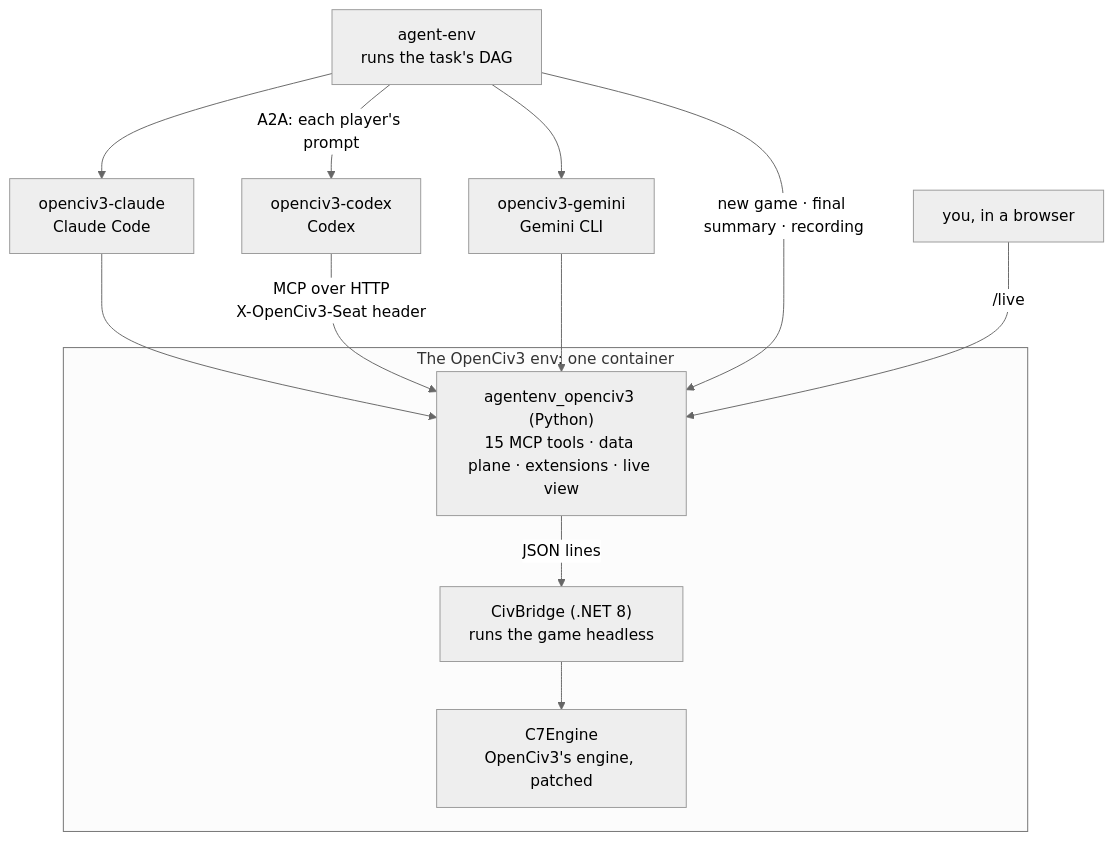
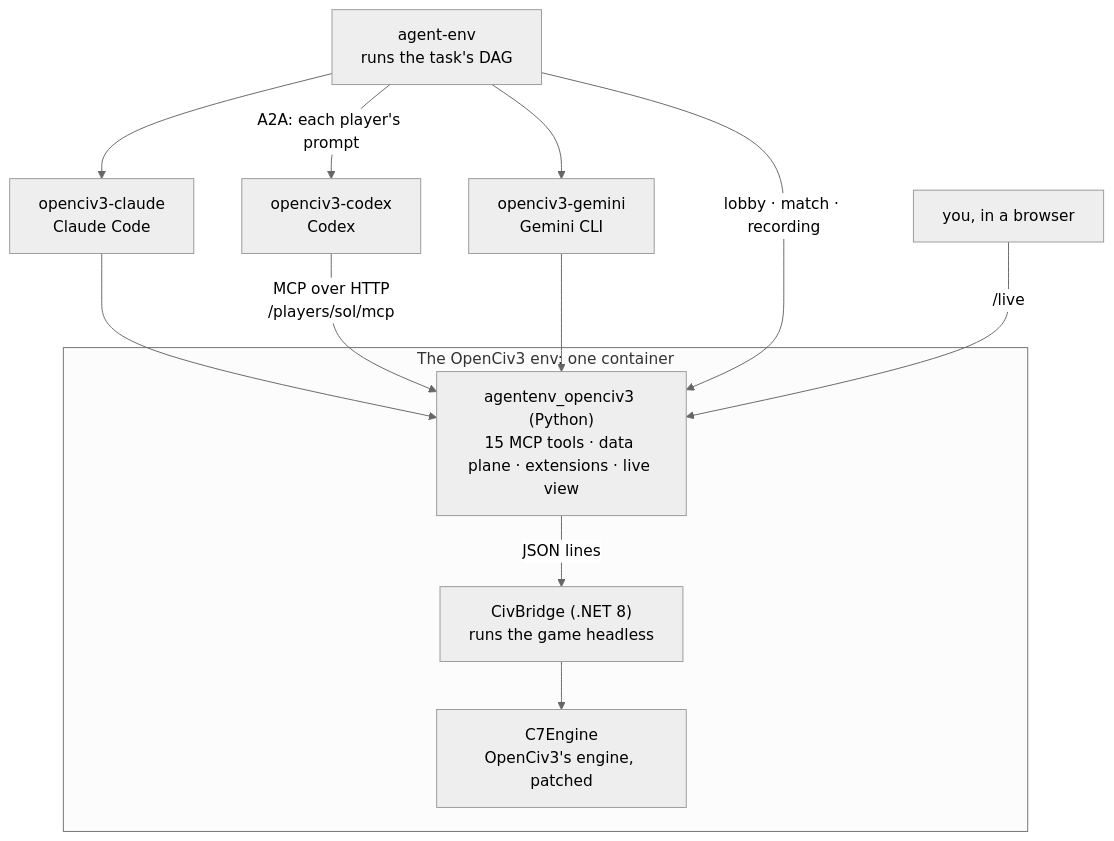
One commit to earakely-scale/agentenv-openciv-plugin changed the third of 3 diagrams in README.md. Above: the diagram before and after it, drawn with Mermaid (neutral theme). The commit also changed other lines of this file and 44 other files, not shown here.

First line of the commit message:
Players come from agentenv-game-env's lobby, and its match grades them (#19)

````diff
--- a/README.md
+++ b/README.md
@@ -348,22 +364,22 @@
 ```mermaid
 flowchart TB
     runner["agent-env<br/>runs the task's DAG"]
     claude["openciv3-claude<br/>Claude Code"]
     codex["openciv3-codex<br/>Codex"]
     gemini["openciv3-gemini<br/>Gemini CLI"]
     you["you, in a browser"]
     subgraph env["The OpenCiv3 env: one container"]
         server["agentenv_openciv3 (Python)<br/>15 MCP tools · data plane · extensions · live view"]
         bridge["CivBridge (.NET 8)<br/>runs the game headless"]
         engine["C7Engine<br/>OpenCiv3's engine, patched"]
         server -- "JSON lines" --> bridge --> engine
     end
     runner --> claude
     runner -- "A2A: each player's prompt" --> codex
     runner --> gemini
     claude --> server
-    codex -- "MCP over HTTP<br/>X-OpenCiv3-Seat header" --> server
+    codex -- "MCP over HTTP<br/>/players/sol/mcp" --> server
     gemini --> server
-    runner -- "new game · final summary · recording" --> server
+    runner -- "lobby · match · recording" --> server
     you -- "/live" --> server
 ```
````
